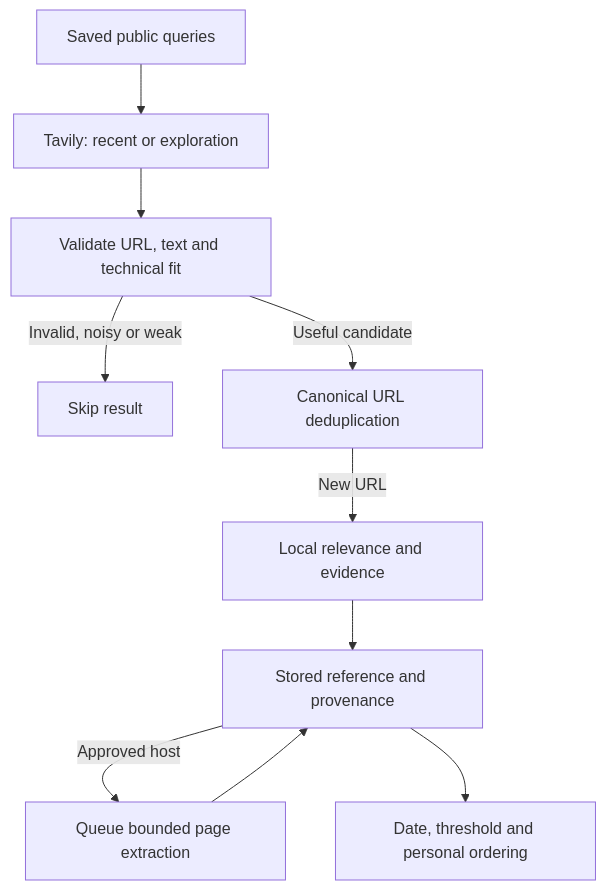
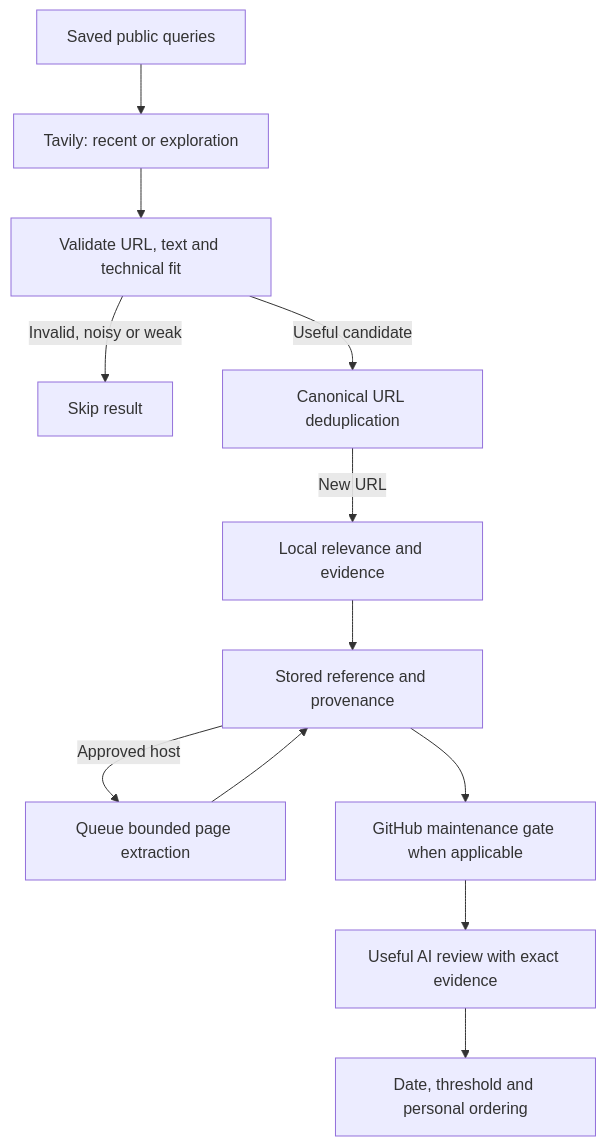
The diagram in docs/DISCOVERY.md (Idoheled/StackSignal), drawn with Mermaid before and after one commit. The commit also changed other lines of this file and 31 other files, not shown here.

````diff
--- a/docs/DISCOVERY.md
+++ b/docs/DISCOVERY.md
@@ -50,12 +52,14 @@
 ```mermaid
 flowchart TD
   Queries["Saved public queries"] --> Search["Tavily: recent or exploration"]
   Search --> Filter["Validate URL, text and technical fit"]
   Filter -->|"Invalid, noisy or weak"| Skip["Skip result"]
   Filter -->|"Useful candidate"| Dedup["Canonical URL deduplication"]
   Dedup -->|"New URL"| Rank["Local relevance and evidence"]
   Rank --> Store["Stored reference and provenance"]
   Store -->|"Approved host"| Fetch["Queue bounded page extraction"]
   Fetch --> Store
-  Store --> Feed["Date, threshold and personal ordering"]
+  Store --> Quality["GitHub maintenance gate when applicable"]
+  Quality --> Review["Useful AI review with exact evidence"]
+  Review --> Feed["Date, threshold and personal ordering"]
 ```
````
